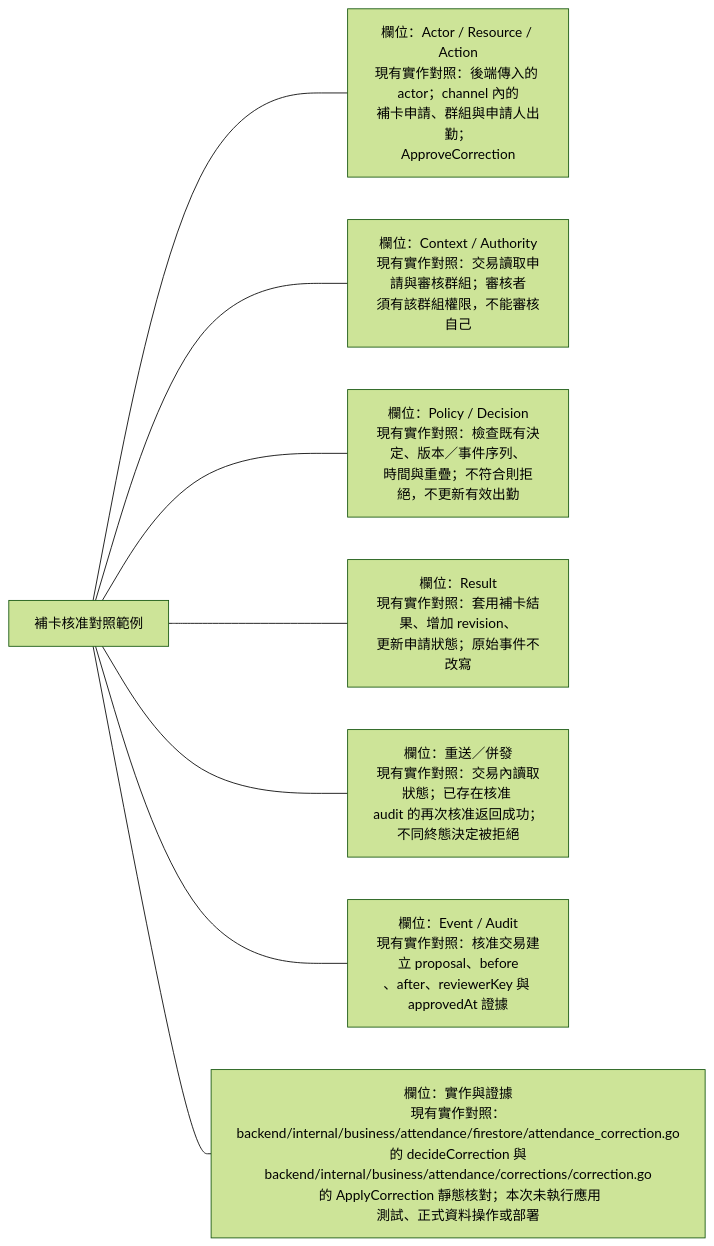
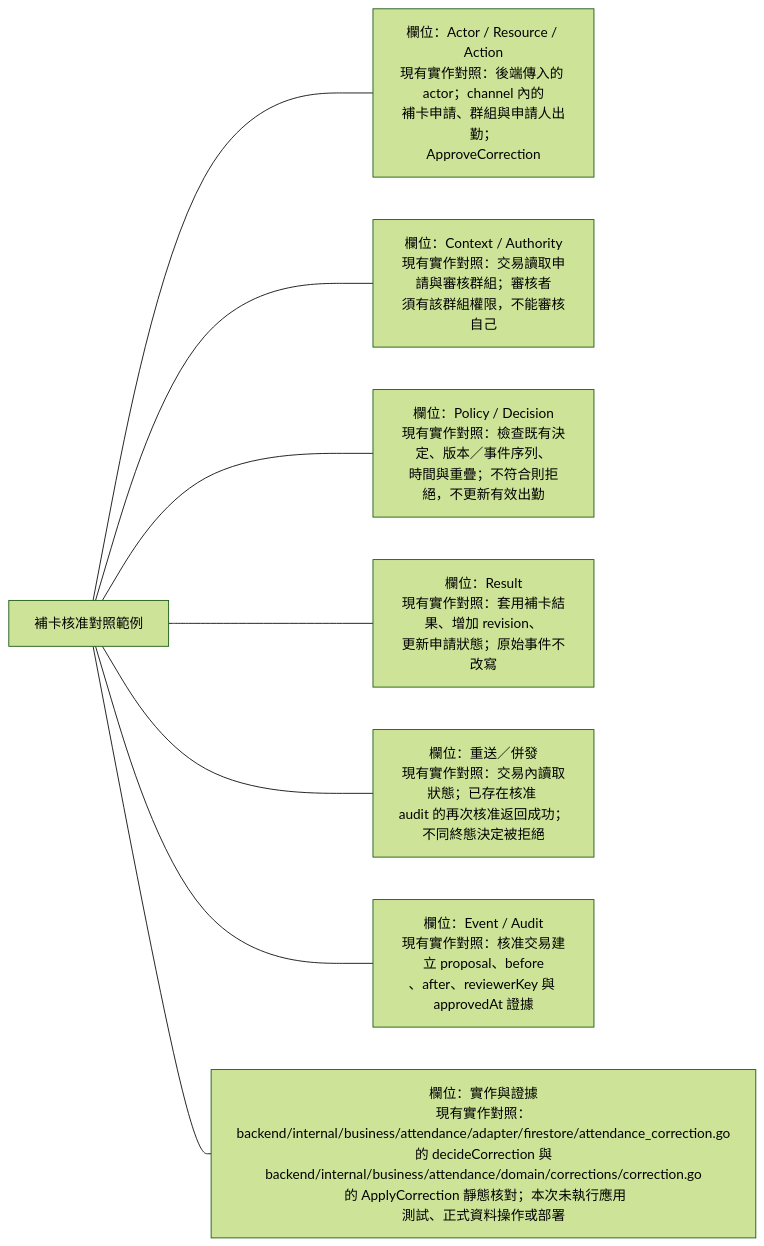
Diagram 12 of 14 in docs/architecture/contracts/business-operations.md (963sup/line-mini-app-bot), drawn with Mermaid (forest theme) before and after one commit. The commit also changed 134 other files, not shown here.

Commit message:
refactor(attendance): separate domain application and adapters

````diff
--- a/docs/architecture/contracts/business-operations.md
+++ b/docs/architecture/contracts/business-operations.md
@@ -115,11 +115,11 @@
 ```mermaid
 flowchart LR
   h["補卡核准對照範例"]
   h --- n0["欄位：Actor / Resource / Action<br/>現有實作對照：後端傳入的 actor；channel 內的<br/>補卡申請、群組與申請人出勤；<br/>ApproveCorrection"]
   h --- n1["欄位：Context / Authority<br/>現有實作對照：交易讀取申請與審核群組；審核者<br/>須有該群組權限，不能審核自己"]
   h --- n2["欄位：Policy / Decision<br/>現有實作對照：檢查既有決定、版本／事件序列、<br/>時間與重疊；不符合則拒絕，不更新有效出勤"]
   h --- n3["欄位：Result<br/>現有實作對照：套用補卡結果、增加 revision、<br/>更新申請狀態；原始事件不改寫"]
   h --- n4["欄位：重送／併發<br/>現有實作對照：交易內讀取狀態；已存在核准 <br/>audit 的再次核准返回成功；不同終態決定被拒絕"]
   h --- n5["欄位：Event / Audit<br/>現有實作對照：核准交易建立 proposal、before<br/>、after、reviewerKey 與 approvedAt 證據"]
-  h --- n6["欄位：實作與證據<br/>現有實作對照：<br/>backend/internal/business/attendance/firestore/attendance_correction.go<br/> 的 decideCorrection 與 <br/>backend/internal/business/attendance/corrections/correction.go<br/> 的 ApplyCorrection 靜態核對；本次未執行應用<br/>測試、正式資料操作或部署"]
+  h --- n6["欄位：實作與證據<br/>現有實作對照：<br/>backend/internal/business/attendance/adapter/firestore/attendance_correction.go<br/> 的 decideCorrection 與 <br/>backend/internal/business/attendance/domain/corrections/correction.go<br/> 的 ApplyCorrection 靜態核對；本次未執行應用<br/>測試、正式資料操作或部署"]
 ```
````
